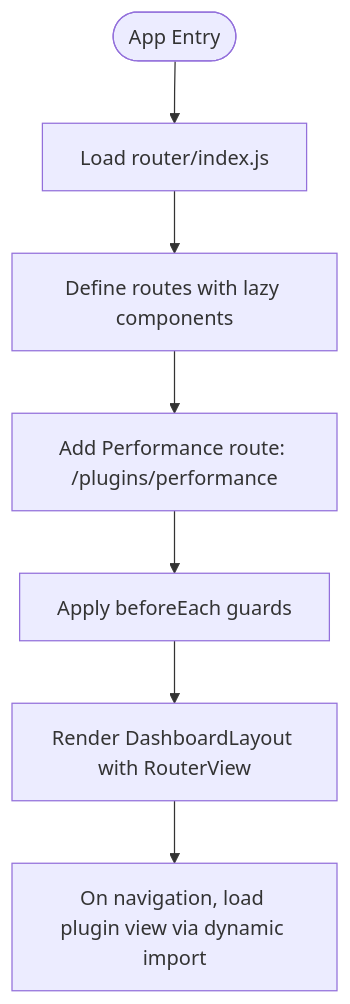
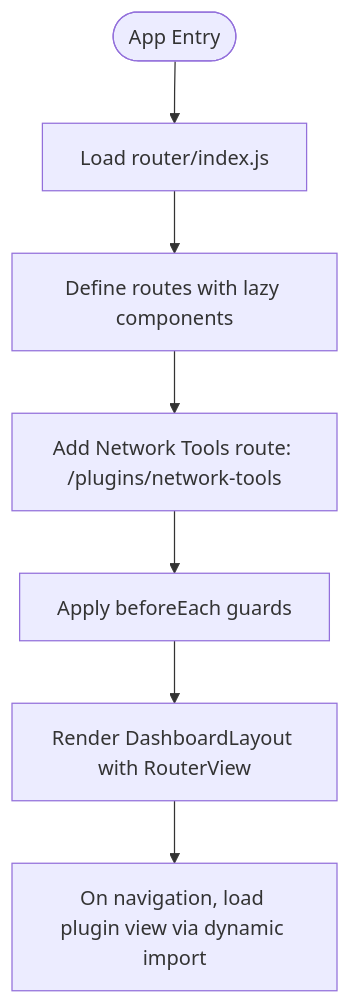
The seventh of 11 diagrams in .qoder/repowiki/en/content/Plugin System Architecture/Frontend Plugin Integration.md (Nikita5543/New-SSO-02), drawn with Mermaid before and after one commit. The commit also changed other lines of this file and 6 other files, not shown here.

````diff
--- a/.qoder/repowiki/en/content/Plugin System Architecture/Frontend Plugin Integration.md
+++ b/.qoder/repowiki/en/content/Plugin System Architecture/Frontend Plugin Integration.md
@@ -311,9 +328,9 @@
 ```mermaid
 flowchart TD
 Entry(["App Entry"]) --> LoadRouter["Load router/index.js"]
 LoadRouter --> DefineRoutes["Define routes with lazy components"]
-DefineRoutes --> AddPerformance["Add Performance route: /plugins/performance"]
-AddPerformance --> Guard["Apply beforeEach guards"]
+DefineRoutes --> AddNetworkTools["Add Network Tools route: /plugins/network-tools"]
+AddNetworkTools --> Guard["Apply beforeEach guards"]
 Guard --> Render["Render DashboardLayout with RouterView"]
 Render --> Lazy["On navigation, load plugin view via dynamic import"]
 ```
````
